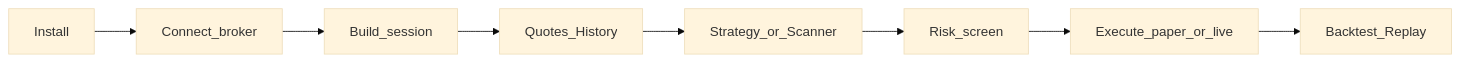
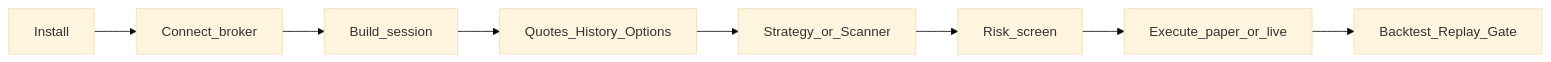
Before and after one commit to Ganesh-Kusundal/nTrade: the diagram in user-guide/index.md, drawn with Mermaid (base theme). The commit also changed other lines of this file and 5 other files, not shown here.

First line of the commit message:
docs(user-guide): deepen broker capabilities, options, and trading flows

````diff
--- a/user-guide/index.md
+++ b/user-guide/index.md
@@ -37,10 +41,10 @@
 ```mermaid
 flowchart LR
   install[Install] --> broker[Connect_broker]
   broker --> session[Build_session]
-  session --> data[Quotes_History]
+  session --> data[Quotes_History_Options]
   data --> decide[Strategy_or_Scanner]
   decide --> risk[Risk_screen]
   risk --> exec[Execute_paper_or_live]
-  exec --> sim[Backtest_Replay]
+  exec --> sim[Backtest_Replay_Gate]
 ```
````
